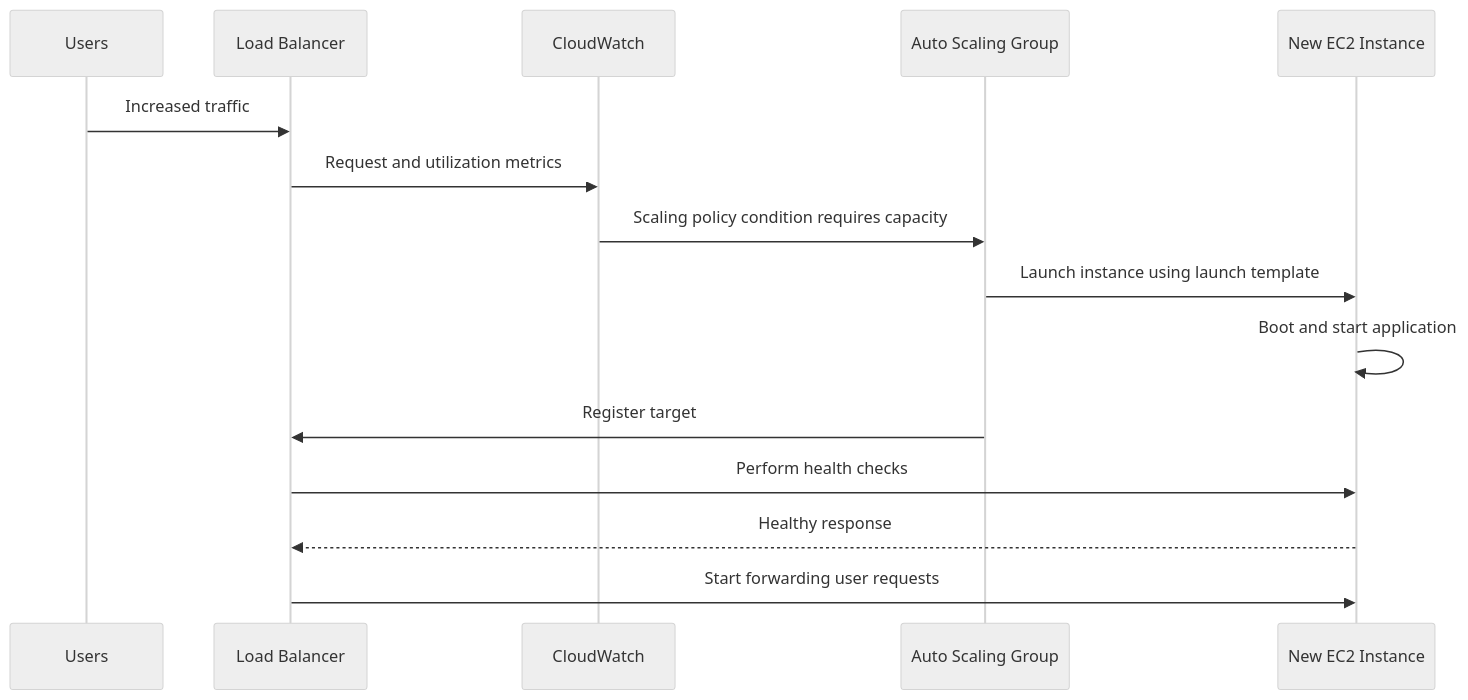
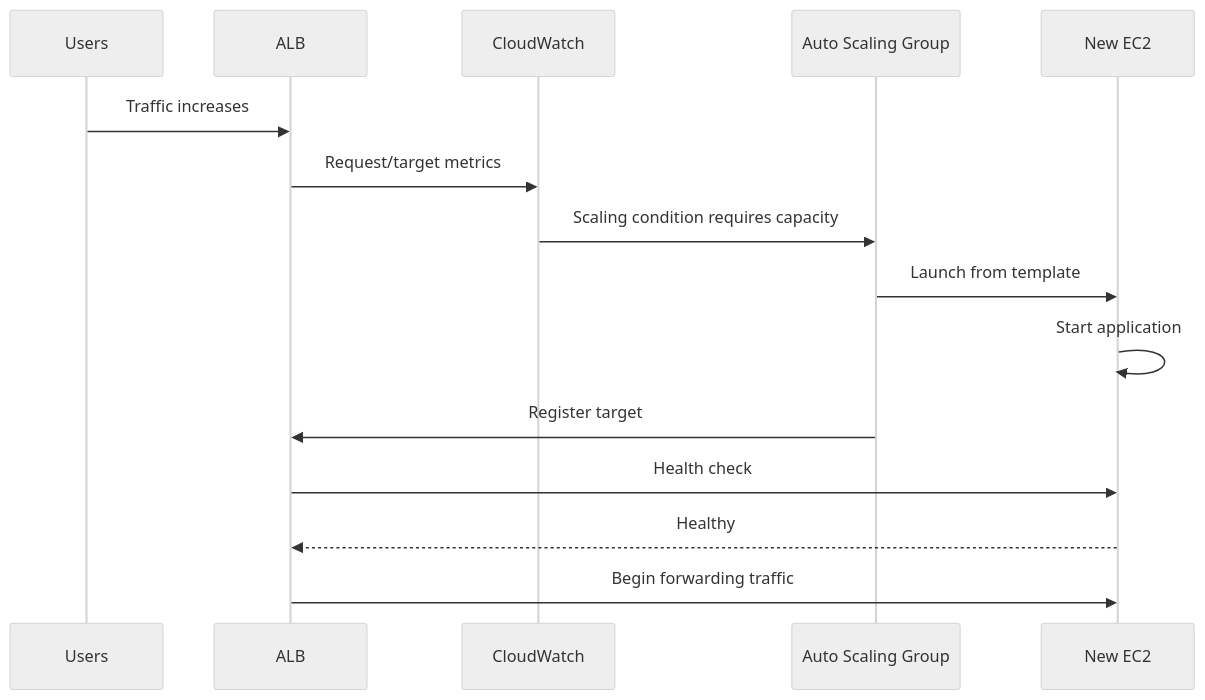
One commit to AvadhBhalodiya/Interview-Preparation changed the ninth of 15 diagrams in src/content/devops/load-balancing-auto-scaling.md. Above: the diagram before and after it, drawn with Mermaid (neutral theme). The commit also changed other lines of this file and 54 other files, not shown here.

````diff
--- a/src/content/devops/load-balancing-auto-scaling.md
+++ b/src/content/devops/load-balancing-auto-scaling.md
@@ -648,18 +658,18 @@
 ```mermaid
 sequenceDiagram
     participant U as Users
-    participant ALB as Load Balancer
+    participant ALB as ALB
     participant CW as CloudWatch
     participant ASG as Auto Scaling Group
-    participant EC2 as New EC2 Instance
+    participant EC2 as New EC2
 
-    U->>ALB: Increased traffic
-    ALB->>CW: Request and utilization metrics
-    CW->>ASG: Scaling policy condition requires capacity
-    ASG->>EC2: Launch instance using launch template
-    EC2->>EC2: Boot and start application
+    U->>ALB: Traffic increases
+    ALB->>CW: Request/target metrics
+    CW->>ASG: Scaling condition requires capacity
+    ASG->>EC2: Launch from template
+    EC2->>EC2: Start application
     ASG->>ALB: Register target
-    ALB->>EC2: Perform health checks
-    EC2-->>ALB: Healthy response
-    ALB->>EC2: Start forwarding user requests
+    ALB->>EC2: Health check
+    EC2-->>ALB: Healthy
+    ALB->>EC2: Begin forwarding traffic
 ```
````
